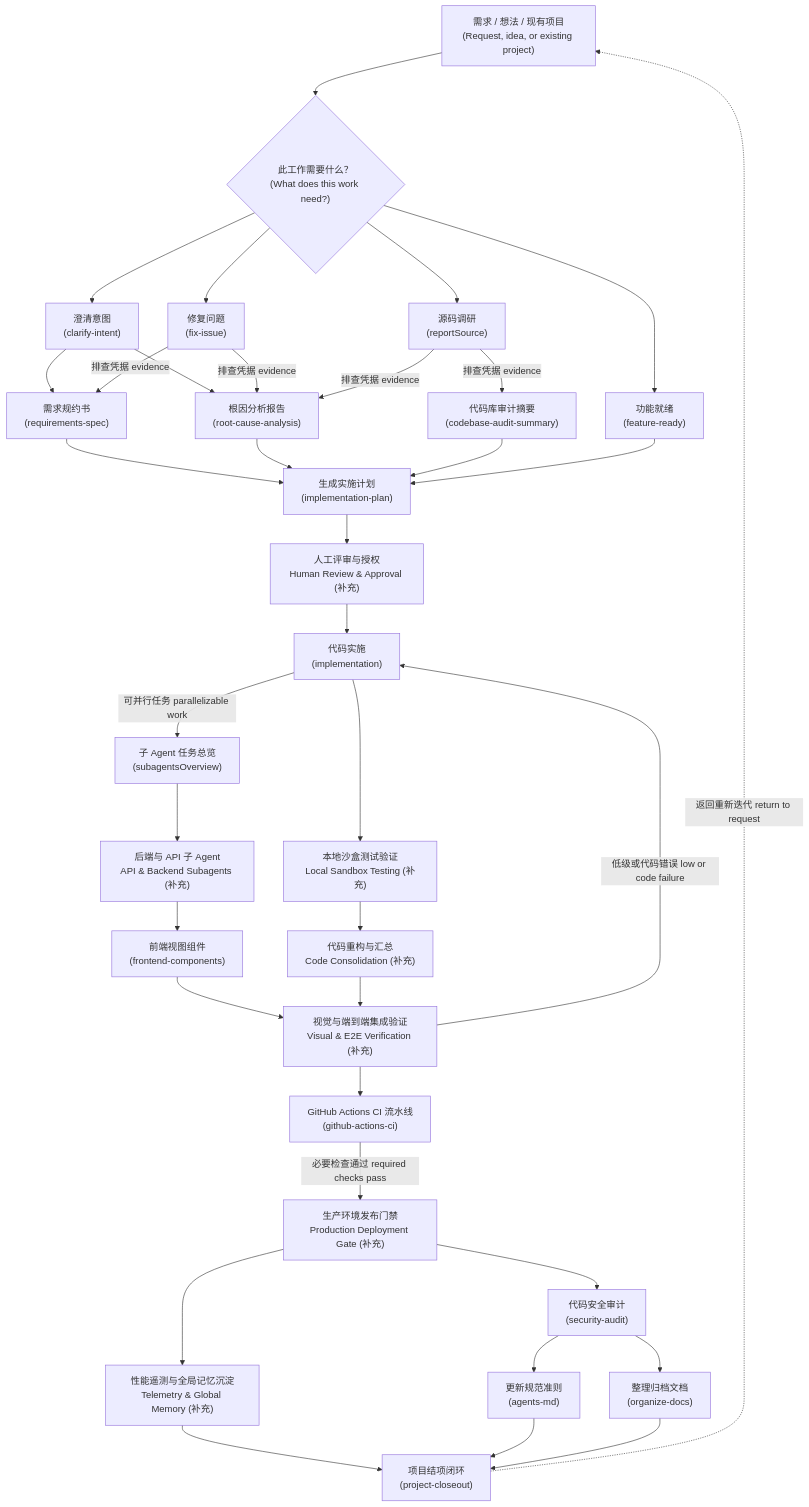
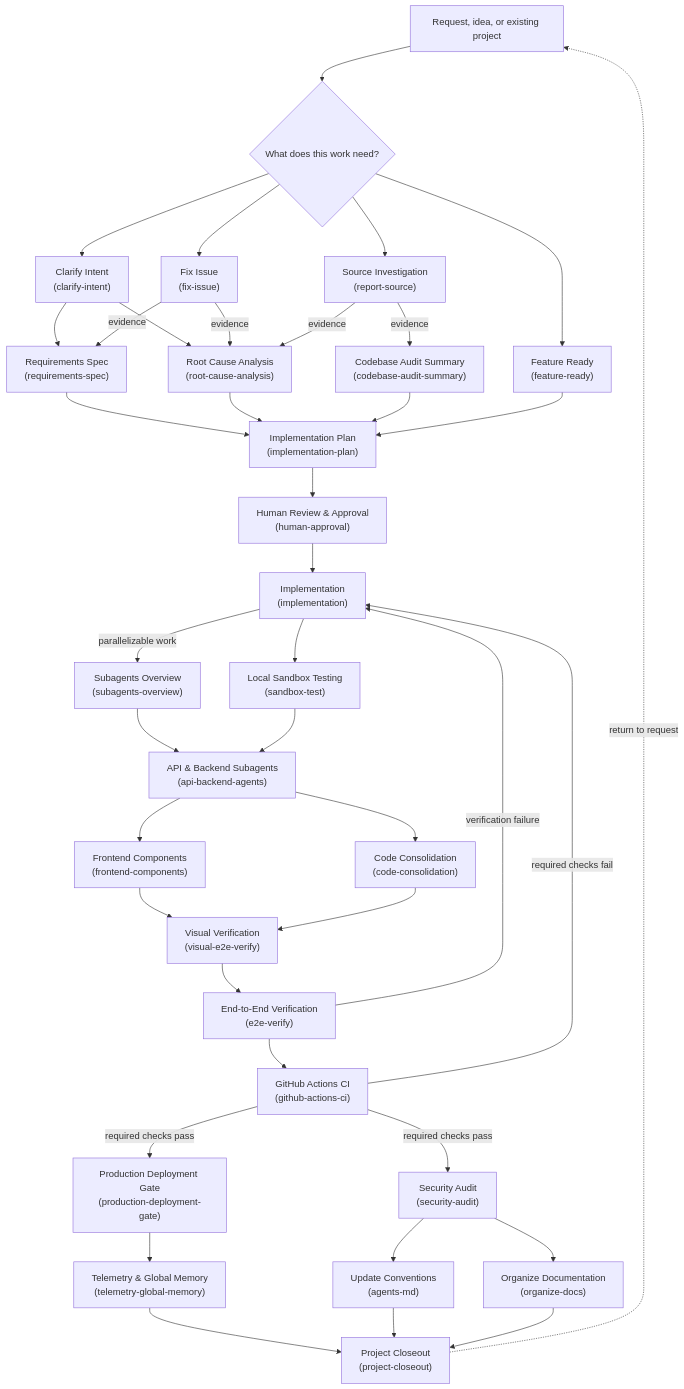
The diagram in docs/workflow.md (FY0627/LearningWorkflow), drawn with Mermaid before and after one commit. The commit also changed other lines of this file and 26 other files, not shown here.

````diff
--- a/docs/workflow.md
+++ b/docs/workflow.md
@@ -5,78 +19,77 @@
 ```mermaid
 flowchart TD
     %% ==========================================
-    %% 1. 入口与分流层
+    %% 1. Intake and routing
     %% ==========================================
-    START["需求 / 想法 / 现有项目<br/>(Request, idea, or existing project)"] --> DECISION{"此工作需要什么？<br/>(What does this work need?)"}
+    START["Request, idea, or existing project"] --> DECISION{"What does this work need?"}
 
-    DECISION --> CLARIFY["澄清意图<br/>(clarify-intent)"]
-    DECISION --> FIX["修复问题<br/>(fix-issue)"]
-    DECISION --> RESEARCH["源码调研<br/>(reportSource)"]
-    DECISION --> READY["功能就绪<br/>(feature-ready)"]
+    DECISION --> CLARIFY["Clarify Intent<br/>(clarify-intent)"]
+    DECISION --> FIX["Fix Issue<br/>(fix-issue)"]
+    DECISION --> RESEARCH["Source Investigation<br/>(report-source)"]
+    DECISION --> READY["Feature Ready<br/>(feature-ready)"]
 
     %% ==========================================
-    %% 2. 证据收集与规划层
+    %% 2. Evidence gathering and planning
     %% ==========================================
-    CLARIFY --> SPEC["需求规约书<br/>(requirements-spec)"]
-    CLARIFY --> RCA["根因分析报告<br/>(root-cause-analysis)"]
-    
-    FIX -->|排查凭据 evidence| SPEC
-    FIX -->|排查凭据 evidence| RCA
-    
-    RESEARCH -->|排查凭据 evidence| RCA
-    RESEARCH -->|排查凭据 evidence| AUDIT_SUM["代码库审计摘要<br/>(codebase-audit-summary)"]
+    CLARIFY --> SPEC["Requirements Spec<br/>(requirements-spec)"]
+    CLARIFY --> RCA["Root Cause Analysis<br/>(root-cause-analysis)"]
 
-    SPEC --> PLAN["生成实施计划<br/>(implementation-plan)"]
+    FIX -->|evidence| SPEC
+    FIX -->|evidence| RCA
+
+    RESEARCH -->|evidence| RCA
+    RESEARCH -->|evidence| AUDIT["Codebase Audit Summary<br/>(codebase-audit-summary)"]
+
+    SPEC --> PLAN["Implementation Plan<br/>(implementation-plan)"]
     RCA --> PLAN
-    AUDIT_SUM --> PLAN
+    AUDIT --> PLAN
     READY --> PLAN
 
-    %% 🔴 填补“人工审批”
-    PLAN --> APPROVAL["人工评审与授权<br/>Human Review & Approval (补充)"]
-    APPROVAL --> IMPL["代码实施<br/>(implementation)"]
+    PLAN --> APPROVAL["Human Review & Approval<br/>(human-approval)"]
+    APPROVAL --> IMPL["Implementation<br/>(implementation)"]
 
     %% ==========================================
-    %% 3. 代码实施与并行处理层
+    %% 3. Implementation and parallel execution
+    %% Braided structure: fan out, sync, fan out, sync.
     %% ==========================================
-    %% 左侧并行处理流
-    IMPL -->|可并行任务 parallelizable work| SUBAGENTS["子 Agent 任务总览<br/>(subagentsOverview)"]
-    
-    %% 🔴 填补“本地沙盒测试”
-    IMPL --> SANDBOX["本地沙盒测试验证<br/>Local Sandbox Testing (补充)"]
+    IMPL -->|parallelizable work| SUBAGENTS["Subagents Overview<br/>(subagents-overview)"]
+    IMPL --> SANDBOX["Local Sandbox Testing<br/>(sandbox-test)"]
 
-    %% 🔴 填补“后端子 Agent”
-    SUBAGENTS --> API_AGENTS["后端与 API 子 Agent<br/>API & Backend Subagents (补充)"]
-    API_AGENTS --> FRONTEND["前端视图组件<br/>(frontend-components)"]
+    %% First sync point: the shared API/backend foundation both tracks depend on.
+    SUBAGENTS --> API["API & Backend Subagents<br/>(api-backend-agents)"]
+    SANDBOX --> API
 
-    %% 🔴 填补“代码集成”
-    SANDBOX --> CONSOLIDATION["代码重构与汇总<br/>Code Consolidation (补充)"]
+    %% Second fan-out: UI work and code consolidation proceed in parallel.
+    API --> FRONTEND["Frontend Components<br/>(frontend-components)"]
+    API --> CONSOLIDATION["Code Consolidation<br/>(code-consolidation)"]
 
-    %% 🔴 填补“视觉与 E2E 验收”
-    FRONTEND --> INTEGRATION["视觉与端到端集成验证<br/>Visual & E2E Verification (补充)"]
-    CONSOLIDATION --> INTEGRATION
+    %% Second sync point: visual acceptance, then end-to-end acceptance.
+    FRONTEND --> VISUAL["Visual Verification<br/>(visual-e2e-verify)"]
+    CONSOLIDATION --> VISUAL
+    VISUAL --> E2E["End-to-End Verification<br/>(e2e-verify)"]
 
-    %% 回退机制与流入 CI
-    INTEGRATION -->|低级或代码错误 low or code failure| IMPL
-    INTEGRATION --> CI["GitHub Actions CI 流水线<br/>(github-actions-ci)"]
+    E2E --> CI["GitHub Actions CI<br/>(github-actions-ci)"]
+
+    %% Two distinct failure classes, two distinct return paths.
+    E2E -->|verification failure| IMPL
+    CI -->|required checks fail| IMPL
 
     %% ==========================================
-    %% 4. CI 门禁与结项归档层
+    %% 4. Release gating and closeout
+    %% CI success forks into two independent tracks:
+    %% the release track and the governance track.
     %% ==========================================
-    %% 🔴 填补“生产发布门禁”
-    CI -->|必要检查通过 required checks pass| DEPLOY["生产环境发布门禁<br/>Production Deployment Gate (补充)"]
-    
-    %% 🔴 填补“遥测与全局记忆沉淀”
-    DEPLOY --> TELEMETRY["性能遥测与全局记忆沉淀<br/>Telemetry & Global Memory (补充)"]
-    DEPLOY --> SEC_AUDIT["代码安全审计<br/>(security-audit)"]
+    CI -->|required checks pass| DEPLOY["Production Deployment Gate<br/>(production-deployment-gate)"]
+    CI -->|required checks pass| SEC["Security Audit<br/>(security-audit)"]
 
-    SEC_AUDIT --> AGENTS_MD["更新规范准则<br/>(agents-md)"]
-    SEC_AUDIT --> ORG_DOCS["整理归档文档<br/>(organize-docs)"]
+    DEPLOY --> TELEMETRY["Telemetry & Global Memory<br/>(telemetry-global-memory)"]
 
-    %% 三条线全部汇入最后的结项节点
-    TELEMETRY --> CLOSEOUT["项目结项闭环<br/>(project-closeout)"]
+    SEC --> AGENTS_MD["Update Conventions<br/>(agents-md)"]
+    SEC --> ORG_DOCS["Organize Documentation<br/>(organize-docs)"]
+
+    TELEMETRY --> CLOSEOUT["Project Closeout<br/>(project-closeout)"]
     AGENTS_MD --> CLOSEOUT
     ORG_DOCS --> CLOSEOUT
 
-    %% 右侧的超长虚线回流到最顶部
-    CLOSEOUT -.->|返回重新迭代 return to request| START
+    CLOSEOUT -.->|return to request| START
 ```
````
